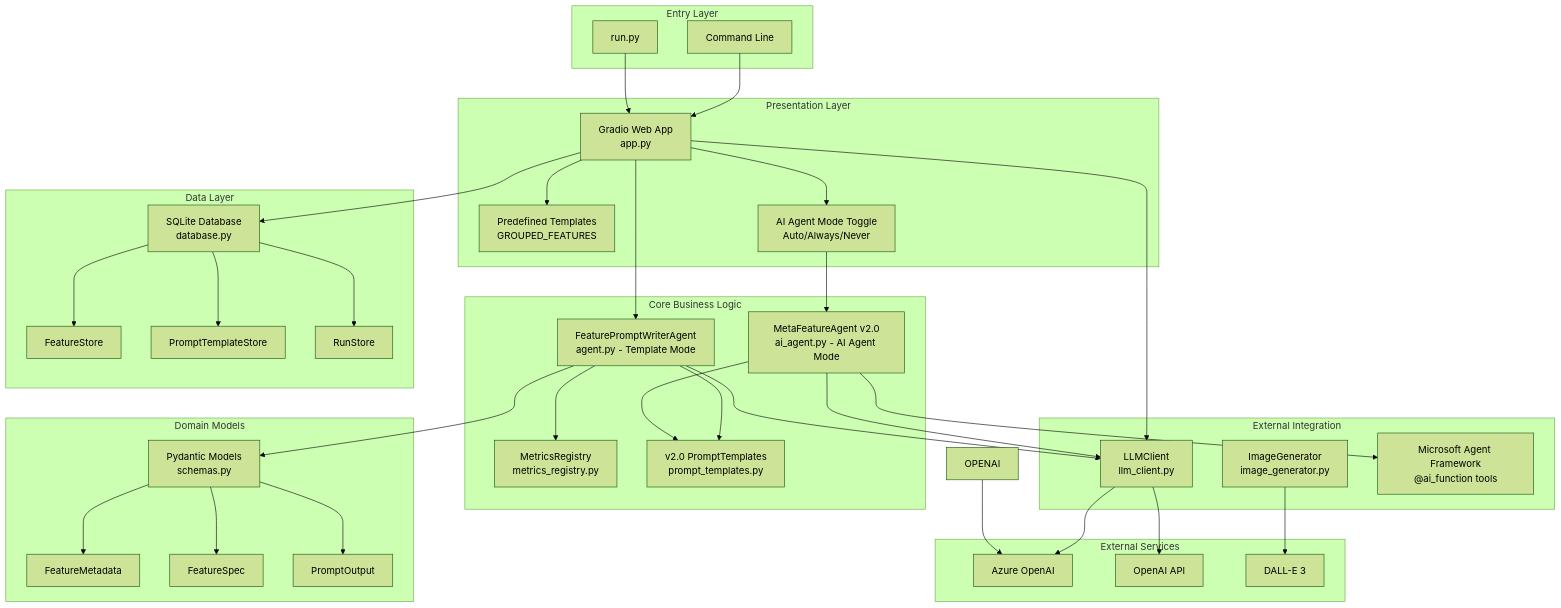
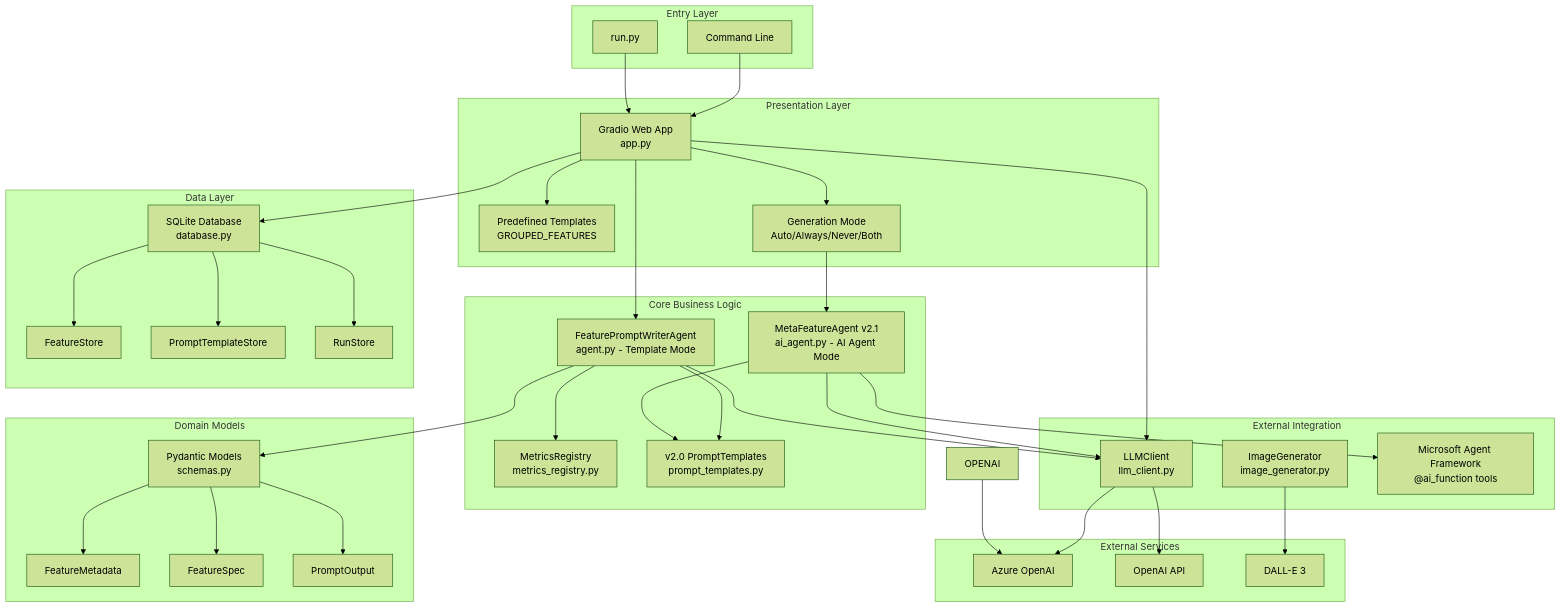
The first of 13 diagrams in TechnicalDocs/ArchitectureOverview.md (hshujuan/MetaFeature-Orchestrator), drawn with Mermaid (forest theme) before and after one commit. The commit also changed other lines of this file and 4 other files, not shown here.

````diff
--- a/TechnicalDocs/ArchitectureOverview.md
+++ b/TechnicalDocs/ArchitectureOverview.md
@@ -66,77 +74,77 @@
 ```mermaid
 flowchart TB
     subgraph Entry["Entry Layer"]
         RUN[run.py]
         CLI["Command Line"]
     end
 
     subgraph UI["Presentation Layer"]
         GRADIO[Gradio Web App<br/>app.py]
         TEMPLATES[Predefined Templates<br/>GROUPED_FEATURES]
-        MODE_TOGGLE[AI Agent Mode Toggle<br/>Auto/Always/Never]
+        MODE_TOGGLE[Generation Mode<br/>Auto/Always/Never/Both]
     end
 
     subgraph Core["Core Business Logic"]
         AGENT[FeaturePromptWriterAgent<br/>agent.py - Template Mode]
-        AI_AGENT[MetaFeatureAgent v2.0<br/>ai_agent.py - AI Agent Mode]
+        AI_AGENT[MetaFeatureAgent v2.1<br/>ai_agent.py - AI Agent Mode]
         METRICS_REG[MetricsRegistry<br/>metrics_registry.py]
         PROMPT_TPL[v2.0 PromptTemplates<br/>prompt_templates.py]
     end
 
     subgraph Domain["Domain Models"]
         SCHEMAS[Pydantic Models<br/>schemas.py]
         FEATURE_META[FeatureMetadata]
         FEATURE_SPEC[FeatureSpec]
         PROMPT_OUT[PromptOutput]
     end
 
     subgraph Integration["External Integration"]
         LLM[LLMClient<br/>llm_client.py]
         IMG_GEN[ImageGenerator<br/>image_generator.py]
         AGENT_FW[Microsoft Agent Framework<br/>@ai_function tools]
     end
 
     subgraph Persistence["Data Layer"]
         DB[SQLite Database<br/>database.py]
         FEATURE_STORE[FeatureStore]
         TEMPLATE_STORE[PromptTemplateStore]
         RUN_STORE[RunStore]
     end
 
     subgraph External["External Services"]
         AZURE[Azure OpenAI]
         OPENAI_API[OpenAI API]
         DALLE[DALL-E 3]
     end
 
     RUN --> GRADIO
     CLI --> GRADIO
     GRADIO --> TEMPLATES
     GRADIO --> MODE_TOGGLE
     GRADIO --> AGENT
     
     MODE_TOGGLE --> AI_AGENT
     AI_AGENT --> AGENT_FW
     AI_AGENT --> PROMPT_TPL
     
     AGENT --> METRICS_REG
     AGENT --> PROMPT_TPL
     AGENT --> SCHEMAS
     
     SCHEMAS --> FEATURE_META
     SCHEMAS --> FEATURE_SPEC
     SCHEMAS --> PROMPT_OUT
     
     GRADIO --> LLM
     AGENT --> LLM
     AI_AGENT --> LLM
     IMG_GEN --> DALLE
     OPENAI --> AZURE
     LLM --> AZURE
     LLM --> OPENAI_API
     
     GRADIO --> DB
     DB --> FEATURE_STORE
     DB --> TEMPLATE_STORE
     DB --> RUN_STORE
 ```
````
